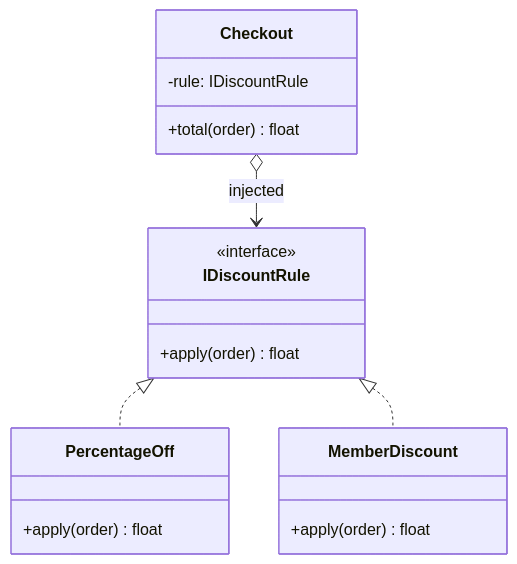
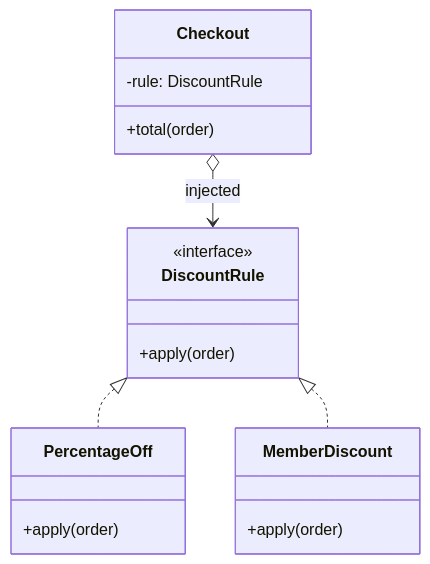
The first of 4 diagrams in src/content/docs/part-3-patterns/13-strategy-and-template-method.mdx (Lightbridge-KS/software-design-ai-era), drawn with Mermaid before and after one commit. The commit also changed other lines of this file and 23 other files, not shown here.

````diff
--- a/src/content/docs/part-3-patterns/13-strategy-and-template-method.mdx
+++ b/src/content/docs/part-3-patterns/13-strategy-and-template-method.mdx
@@ -74,20 +108,20 @@
 ```mermaid
 classDiagram
     class Checkout {
-        -rule: IDiscountRule
-        +total(order) float
+        -rule: DiscountRule
+        +total(order)
     }
-    class IDiscountRule {
+    class DiscountRule {
         <<interface>>
-        +apply(order) float
+        +apply(order)
     }
     class PercentageOff {
-        +apply(order) float
+        +apply(order)
     }
     class MemberDiscount {
-        +apply(order) float
+        +apply(order)
     }
-    Checkout o--> IDiscountRule : injected
-    IDiscountRule <|.. PercentageOff
-    IDiscountRule <|.. MemberDiscount
+    Checkout o--> DiscountRule : injected
+    DiscountRule <|.. PercentageOff
+    DiscountRule <|.. MemberDiscount
 ```
````
